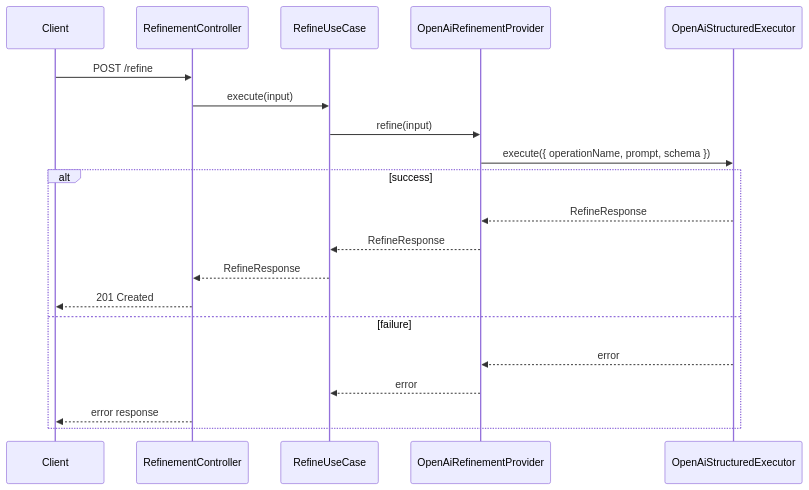
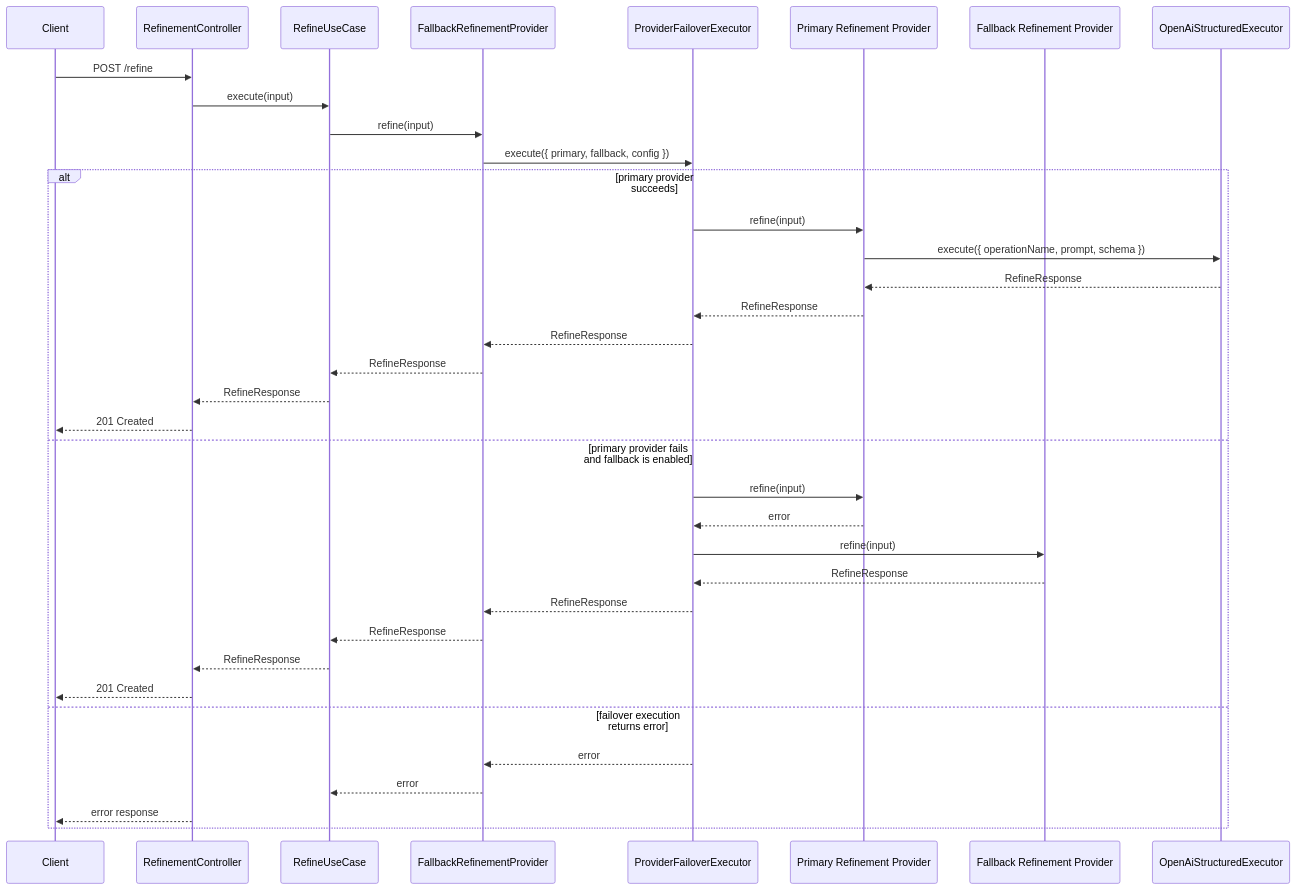
The diagram in docs/diagrams/refinement-sequence.md (gustavoarielms/ai-orchestrator), drawn with Mermaid before and after one commit. The commit also changed 3 other files, not shown here.

First line of the commit message:
docs(alignment): sync documentation with shared failover and refinement provider model

````diff
--- a/docs/diagrams/refinement-sequence.md
+++ b/docs/diagrams/refinement-sequence.md
@@ -3,25 +3,41 @@
 ```mermaid
 sequenceDiagram
     participant Client
     participant Controller as RefinementController
     participant UseCase as RefineUseCase
-    participant Provider as OpenAiRefinementProvider
+    participant Provider as FallbackRefinementProvider
+    participant Failover as ProviderFailoverExecutor
+    participant Primary as Primary Refinement Provider
+    participant Fallback as Fallback Refinement Provider
     participant Executor as OpenAiStructuredExecutor
 
     Client->>Controller: POST /refine
     Controller->>UseCase: execute(input)
 
     UseCase->>Provider: refine(input)
-    Provider->>Executor: execute({ operationName, prompt, schema })
+    Provider->>Failover: execute({ primary, fallback, config })
 
-    alt success
-        Executor-->>Provider: RefineResponse
+    alt primary provider succeeds
+        Failover->>Primary: refine(input)
+        Primary->>Executor: execute({ operationName, prompt, schema })
+        Executor-->>Primary: RefineResponse
+        Primary-->>Failover: RefineResponse
+        Failover-->>Provider: RefineResponse
         Provider-->>UseCase: RefineResponse
         UseCase-->>Controller: RefineResponse
         Controller-->>Client: 201 Created
-    else failure
-        Executor-->>Provider: error
+    else primary provider fails and fallback is enabled
+        Failover->>Primary: refine(input)
+        Primary-->>Failover: error
+        Failover->>Fallback: refine(input)
+        Fallback-->>Failover: RefineResponse
+        Failover-->>Provider: RefineResponse
+        Provider-->>UseCase: RefineResponse
+        UseCase-->>Controller: RefineResponse
+        Controller-->>Client: 201 Created
+    else failover execution returns error
+        Failover-->>Provider: error
         Provider-->>UseCase: error
         Controller-->>Client: error response
     end
 ```
````
